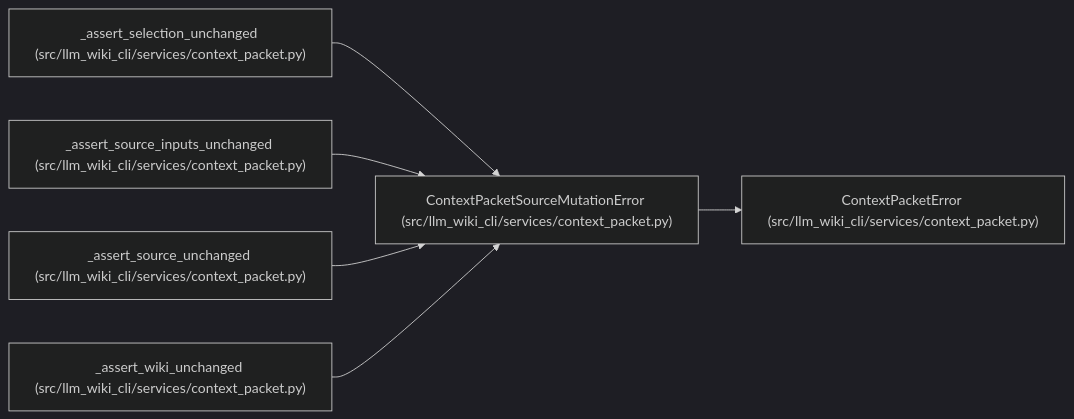
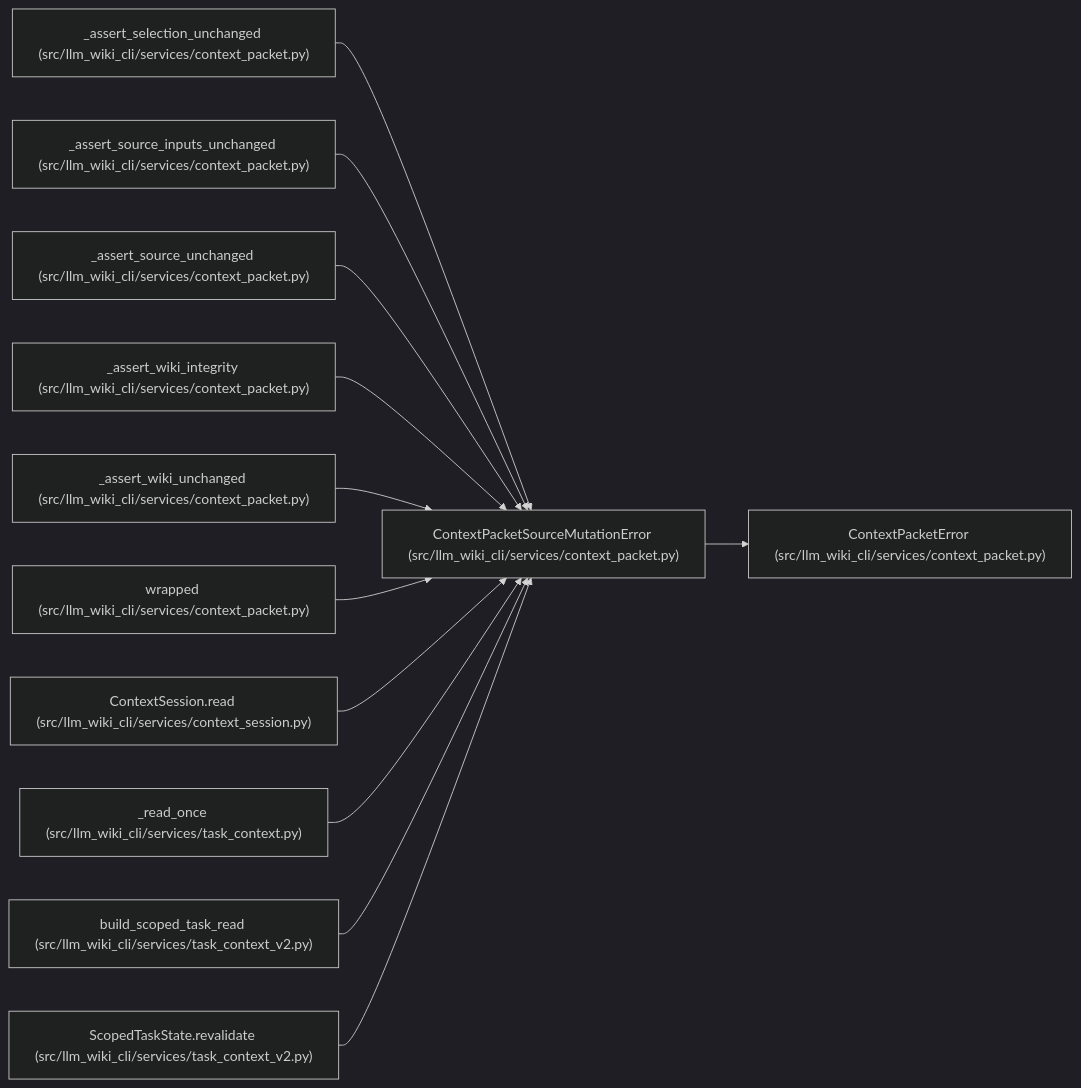
One commit to Denissvgn/python-wiki-llm changed the diagram in docs/llm_wiki/entities/ContextPacketSourceMutationError.md. Above: the diagram before and after it, drawn with Mermaid (dark theme). The commit also changed other lines of this file and 865 other files, not shown here.

````diff
--- a/docs/llm_wiki/entities/ContextPacketSourceMutationError.md
+++ b/docs/llm_wiki/entities/ContextPacketSourceMutationError.md
@@ -25,20 +25,38 @@
 ```mermaid
 flowchart LR
     n0["ContextPacketSourceMutationError (src/llm_wiki_cli/services/context_packet.py)"]
     n1["ContextPacketError (src/llm_wiki_cli/services/context_packet.py)"]
     n2["_assert_selection_unchanged (src/llm_wiki_cli/services/context_packet.py)"]
     n3["_assert_source_inputs_unchanged (src/llm_wiki_cli/services/context_packet.py)"]
     n4["_assert_source_unchanged (src/llm_wiki_cli/services/context_packet.py)"]
-    n5["_assert_wiki_unchanged (src/llm_wiki_cli/services/context_packet.py)"]
+    n5["_assert_wiki_integrity (src/llm_wiki_cli/services/context_packet.py)"]
+    n6["_assert_wiki_unchanged (src/llm_wiki_cli/services/context_packet.py)"]
+    n7["wrapped (src/llm_wiki_cli/services/context_packet.py)"]
+    n8["ContextSession.read (src/llm_wiki_cli/services/context_session.py)"]
+    n9["_read_once (src/llm_wiki_cli/services/task_context.py)"]
+    n10["build_scoped_task_read (src/llm_wiki_cli/services/task_context_v2.py)"]
+    n11["ScopedTaskState.revalidate (src/llm_wiki_cli/services/task_context_v2.py)"]
     n0 --> n1
     n2 --> n0
     n3 --> n0
     n4 --> n0
     n5 --> n0
+    n6 --> n0
+    n7 --> n0
+    n8 --> n0
+    n9 --> n0
+    n10 --> n0
+    n11 --> n0
     click n0 "../modules/context_packet.md"
     click n1 "../modules/context_packet.md"
     click n2 "../modules/context_packet.md"
     click n3 "../modules/context_packet.md"
     click n4 "../modules/context_packet.md"
     click n5 "../modules/context_packet.md"
+    click n6 "../modules/context_packet.md"
+    click n7 "../modules/context_packet.md"
+    click n8 "../modules/context_session.md"
+    click n9 "../modules/task_context.md"
+    click n10 "../modules/task_context_v2.md"
+    click n11 "../modules/task_context_v2.md"
 ```
````
